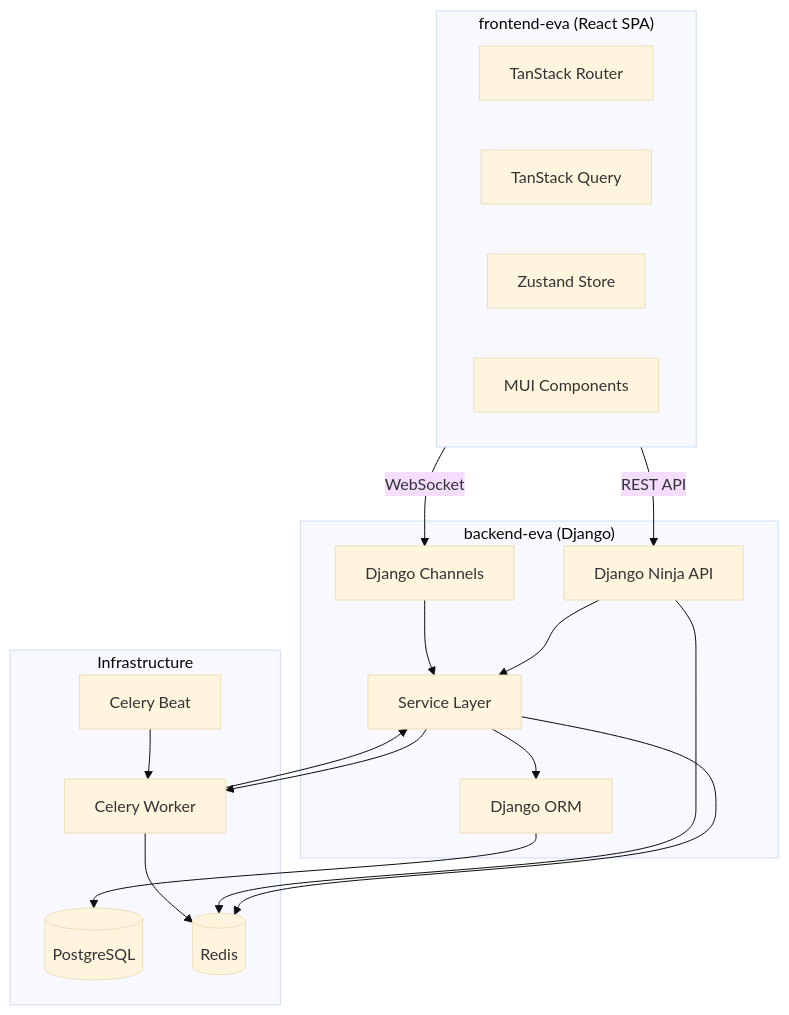
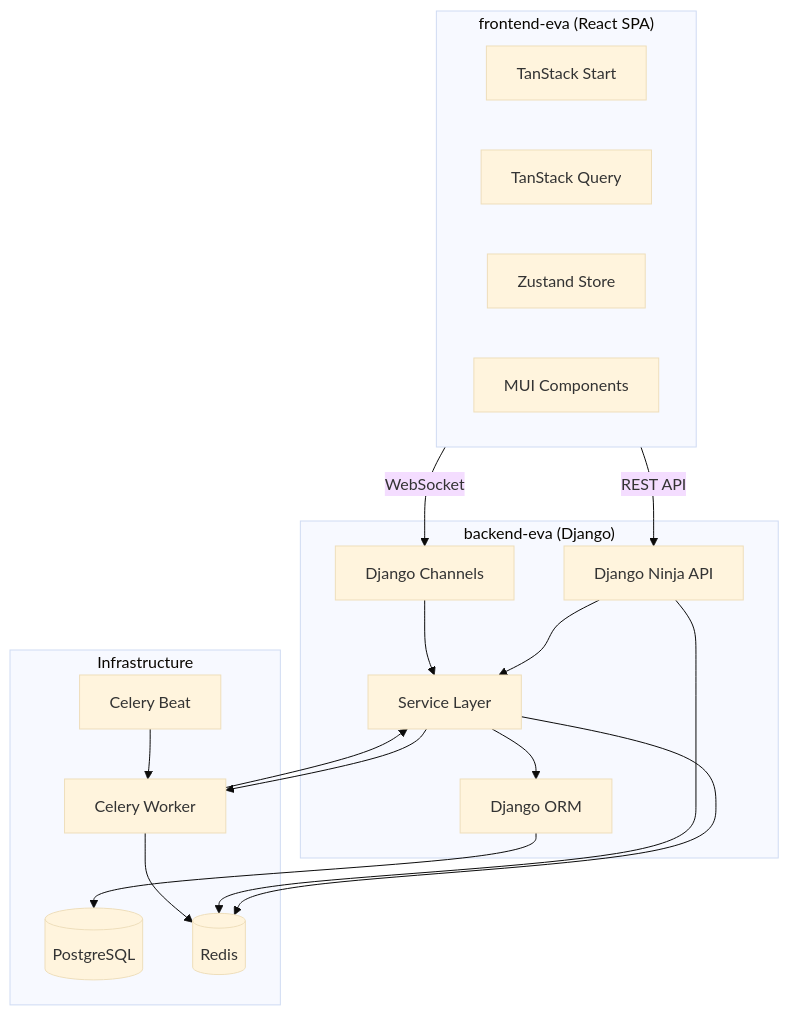
The first of 4 diagrams in .kiro/specs/evea-learning-platform/design.md (cbello03/eva), drawn with Mermaid (base theme) before and after one commit. The commit also changed other lines of this file and 73 other files, not shown here.

````diff
--- a/.kiro/specs/evea-learning-platform/design.md
+++ b/.kiro/specs/evea-learning-platform/design.md
@@ -20,36 +20,36 @@
 ```mermaid
 graph TB
     subgraph Frontend["frontend-eva (React SPA)"]
-        Router[TanStack Router]
+        Router[TanStack Start]
         Query[TanStack Query]
         Store[Zustand Store]
         UI[MUI Components]
     end
 
     subgraph Backend["backend-eva (Django)"]
         Ninja[Django Ninja API]
         Channels[Django Channels]
         Services[Service Layer]
         Models[Django ORM]
     end
 
     subgraph Infrastructure
         PG[(PostgreSQL)]
         RD[(Redis)]
         CW[Celery Worker]
         CB[Celery Beat]
     end
 
     Frontend -->|REST API| Ninja
     Frontend -->|WebSocket| Channels
     Ninja --> Services
     Channels --> Services
     Services --> Models
     Models --> PG
     Services --> RD
     Ninja --> RD
     CW --> Services
     CB --> CW
     CW --> RD
     Services --> CW
 ```
````
